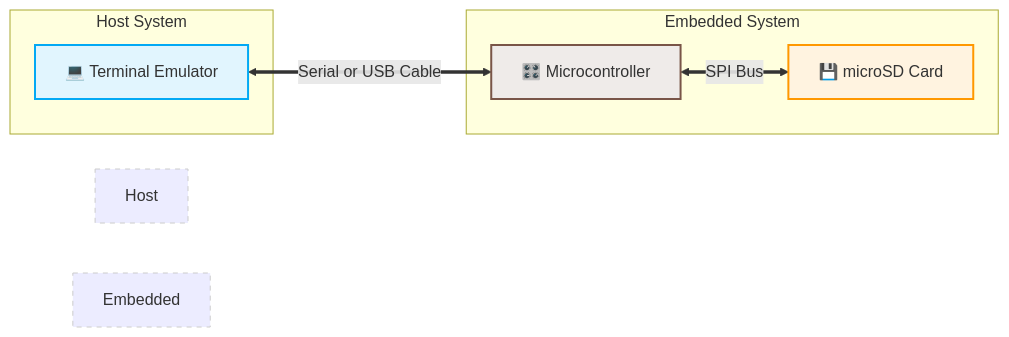
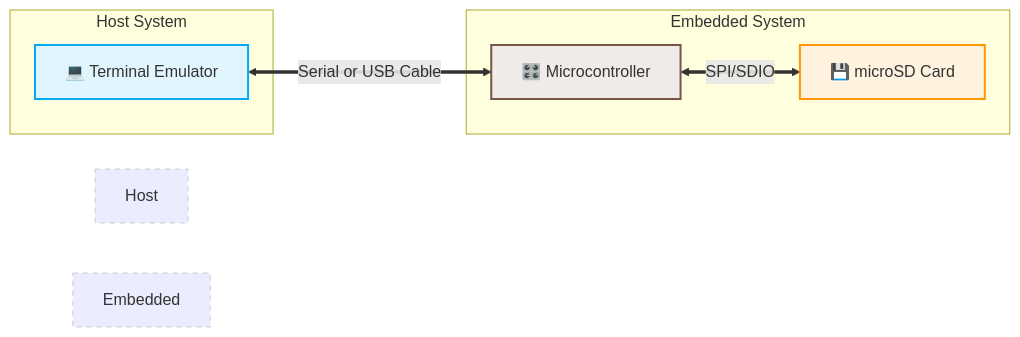
One commit to bradleyeckert/LiteForth changed the first of 2 diagrams in README.md. Above: the diagram before and after it, drawn with Mermaid. The commit also changed other lines of this file, not shown here.

````diff
--- a/README.md
+++ b/README.md
@@ -8,30 +8,30 @@
 ```mermaid
 flowchart LR
     %% Components
     Term[💻 Terminal Emulator]
     MCU[🎛️ Microcontroller]
     SD[💾 microSD Card]
 
     %% Connections
     Term <== Serial or USB Cable ==> MCU
-    MCU <== SPI Bus ==> SD
+    MCU <== SPI/SDIO ==> SD
 
     %% Subgraphs for visual grouping
     subgraph Host System
         Term
     end
 
     subgraph Embedded System
         MCU
         SD
     end
 
     %% Component Styling
     style Term fill:#e1f5fe,stroke:#03a9f4,stroke-width:2px
     style MCU fill:#efebe9,stroke:#795548,stroke-width:2px
     style SD fill:#fff3e0,stroke:#ff9800,stroke-width:2px
     
     %% Group Styling
     style Host System fill:none,stroke:#ccc,stroke-dasharray: 5 5
     style Embedded System fill:none,stroke:#ccc,stroke-dasharray: 5 5
 ```
````
